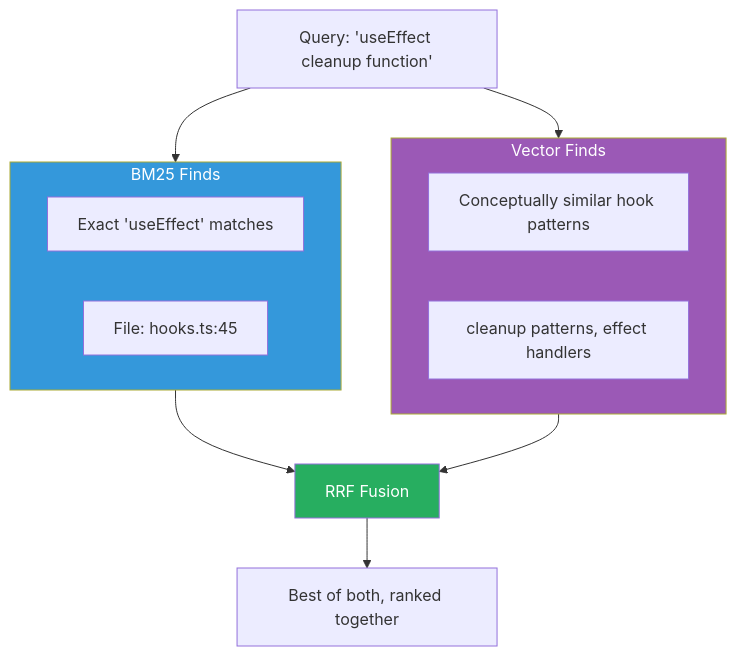
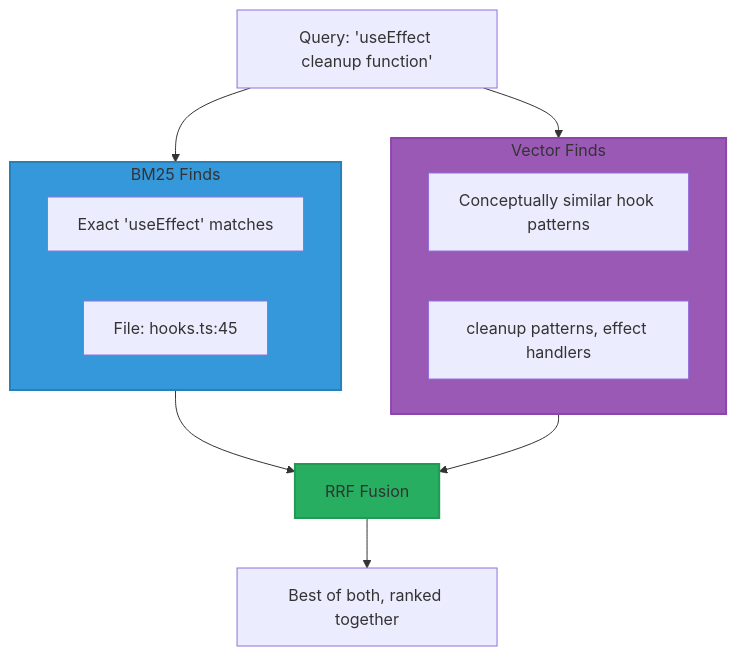
One commit to sampi02/amanmcp changed the second of 9 diagrams in docs/concepts/hybrid-search.md. Above: the diagram before and after it, drawn with Mermaid. The commit also changed other lines of this file and 59 other files, not shown here.

````diff
--- a/docs/concepts/hybrid-search.md
+++ b/docs/concepts/hybrid-search.md
@@ -70,26 +70,26 @@
 ```mermaid
 flowchart TB
     Query["Query: 'useEffect cleanup function'"]
 
     subgraph BM25Result["BM25 Finds"]
         B1["Exact 'useEffect' matches"]
         B2["File: hooks.ts:45"]
     end
 
     subgraph VectorResult["Vector Finds"]
         V1["Conceptually similar hook patterns"]
         V2["cleanup patterns, effect handlers"]
     end
 
     Query --> BM25Result
     Query --> VectorResult
 
     BM25Result --> Fusion[RRF Fusion]
     VectorResult --> Fusion
 
     Fusion --> Best["Best of both, ranked together"]
 
-    style BM25Result fill:#3498db,color:#fff
-    style VectorResult fill:#9b59b6,color:#fff
-    style Fusion fill:#27ae60,color:#fff
+    style BM25Result fill:#3498db,stroke:#2980b9,stroke-width:2px
+    style VectorResult fill:#9b59b6,stroke:#8e44ad,stroke-width:2px
+    style Fusion fill:#27ae60,stroke:#229954,stroke-width:2px
 ```
````
